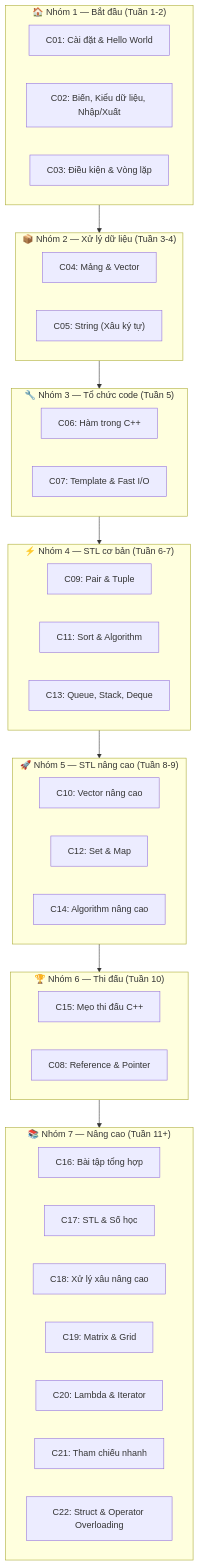
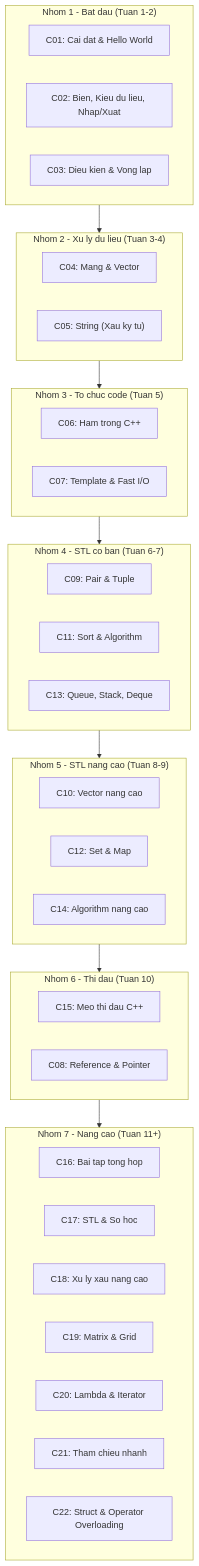
One commit to FPTOJ-OJ/fptoj_wiki changed the second of 2 diagrams in docs/coding/cpp/index.md. Above: the diagram before and after it, drawn with Mermaid. The commit also changed other lines of this file and 164 other files, not shown here.

````diff
--- a/docs/coding/cpp/index.md
+++ b/docs/coding/cpp/index.md
@@ -37,40 +37,40 @@
 ```mermaid
 flowchart TD
-    subgraph G1["🏠 Nhóm 1 — Bắt đầu (Tuần 1-2)"]
-        C01["C01: Cài đặt & Hello World"]
-        C02["C02: Biến, Kiểu dữ liệu, Nhập/Xuất"]
-        C03["C03: Điều kiện & Vòng lặp"]
+    subgraph G1["Nhom 1 - Bat dau (Tuan 1-2)"]
+        C01["C01: Cai dat & Hello World"]
+        C02["C02: Bien, Kieu du lieu, Nhap/Xuat"]
+        C03["C03: Dieu kien & Vong lap"]
     end
-    subgraph G2["📦 Nhóm 2 — Xử lý dữ liệu (Tuần 3-4)"]
-        C04["C04: Mảng & Vector"]
-        C05["C05: String (Xâu ký tự)"]
+    subgraph G2["Nhom 2 - Xu ly du lieu (Tuan 3-4)"]
+        C04["C04: Mang & Vector"]
+        C05["C05: String (Xau ky tu)"]
     end
-    subgraph G3["🔧 Nhóm 3 — Tổ chức code (Tuần 5)"]
-        C06["C06: Hàm trong C++"]
+    subgraph G3["Nhom 3 - To chuc code (Tuan 5)"]
+        C06["C06: Ham trong C++"]
         C07["C07: Template & Fast I/O"]
     end
-    subgraph G4["⚡ Nhóm 4 — STL cơ bản (Tuần 6-7)"]
+    subgraph G4["Nhom 4 - STL co ban (Tuan 6-7)"]
         C09["C09: Pair & Tuple"]
         C11["C11: Sort & Algorithm"]
         C13["C13: Queue, Stack, Deque"]
     end
-    subgraph G5["🚀 Nhóm 5 — STL nâng cao (Tuần 8-9)"]
-        C10["C10: Vector nâng cao"]
+    subgraph G5["Nhom 5 - STL nang cao (Tuan 8-9)"]
+        C10["C10: Vector nang cao"]
         C12["C12: Set & Map"]
-        C14["C14: Algorithm nâng cao"]
+        C14["C14: Algorithm nang cao"]
     end
-    subgraph G6["🏆 Nhóm 6 — Thi đấu (Tuần 10)"]
-        C15["C15: Mẹo thi đấu C++"]
+    subgraph G6["Nhom 6 - Thi dau (Tuan 10)"]
+        C15["C15: Meo thi dau C++"]
         C08["C08: Reference & Pointer"]
     end
-    subgraph G7["📚 Nhóm 7 — Nâng cao (Tuần 11+)"]
-        C16["C16: Bài tập tổng hợp"]
-        C17["C17: STL & Số học"]
-        C18["C18: Xử lý xâu nâng cao"]
+    subgraph G7["Nhom 7 - Nang cao (Tuan 11+)"]
+        C16["C16: Bai tap tong hop"]
+        C17["C17: STL & So hoc"]
+        C18["C18: Xu ly xau nang cao"]
         C19["C19: Matrix & Grid"]
         C20["C20: Lambda & Iterator"]
-        C21["C21: Tham chiếu nhanh"]
+        C21["C21: Tham chieu nhanh"]
         C22["C22: Struct & Operator Overloading"]
     end
     G1 --> G2 --> G3 --> G4 --> G5 --> G6 --> G7
 ```
````
